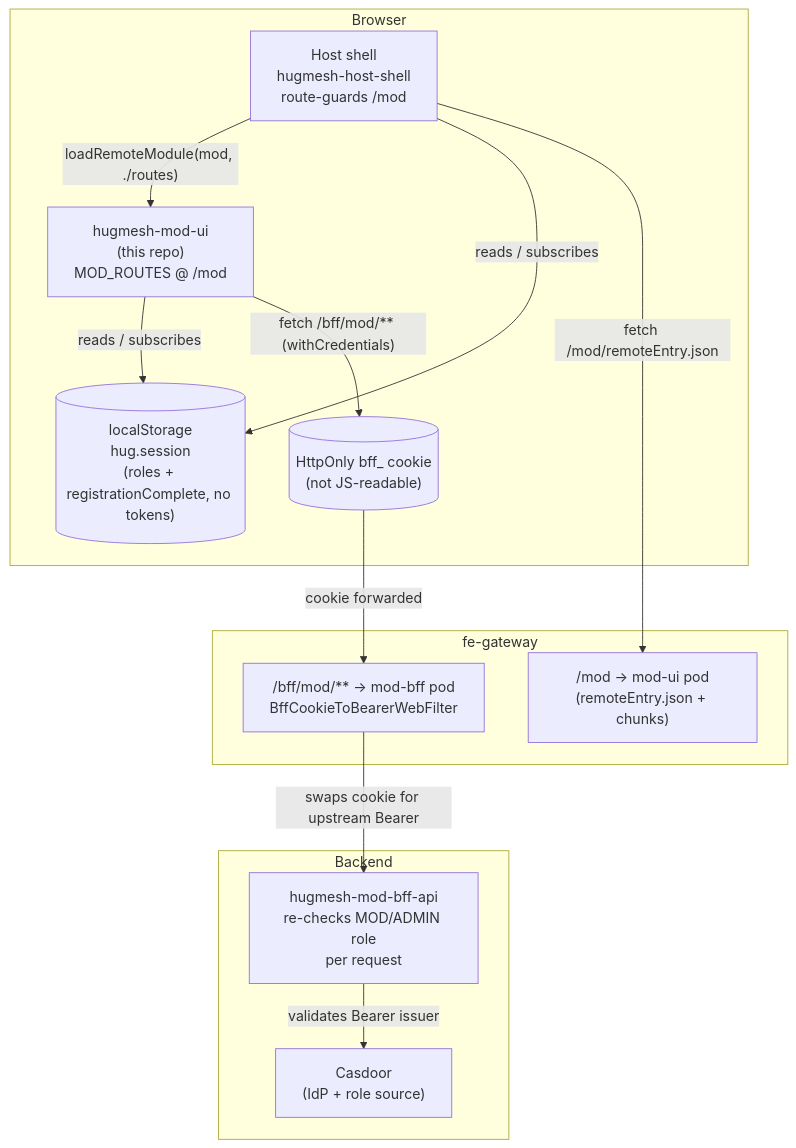
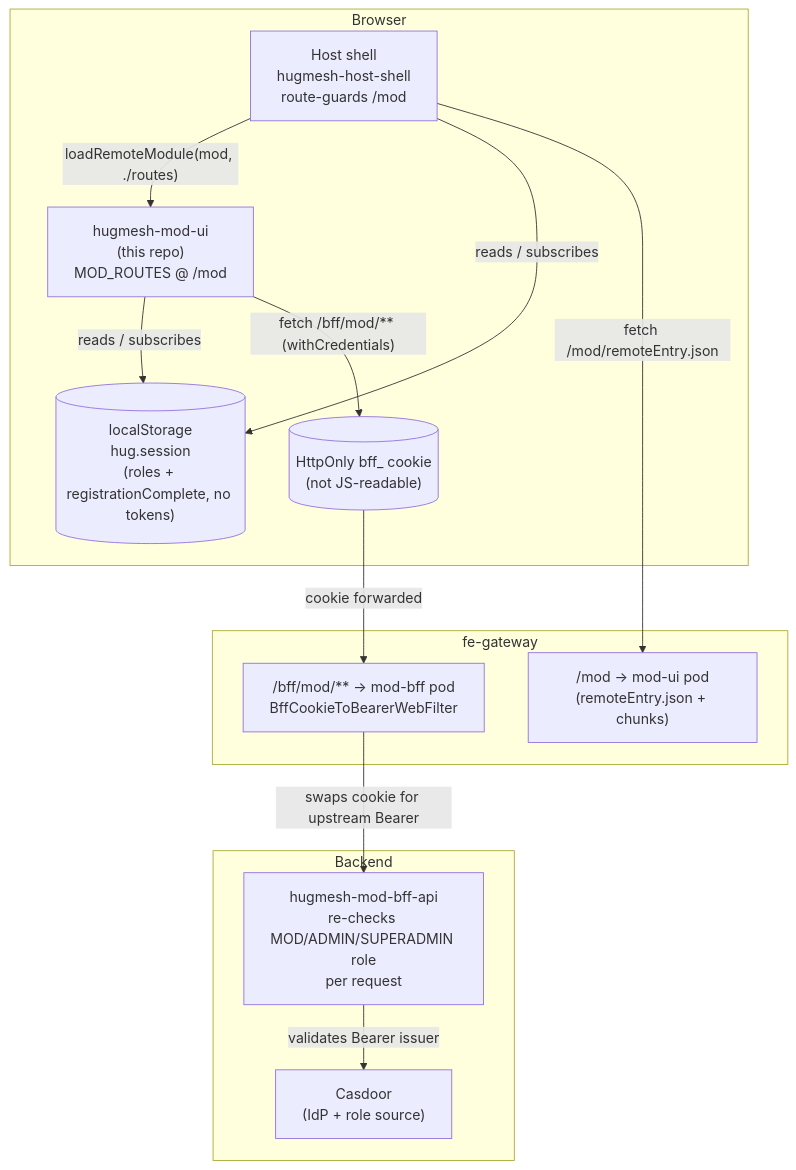
Before and after one commit to hugmesh/hugmesh.github.io: the first of 2 diagrams in content/reference/mod-ui.md, drawn with Mermaid. The commit also changed other lines of this file and 166 other files, not shown here.

````diff
--- a/content/reference/mod-ui.md
+++ b/content/reference/mod-ui.md
@@ -58,28 +63,28 @@
 ```mermaid
 flowchart TB
     subgraph Browser
         LS[("localStorage\nhug.session\n(roles + registrationComplete, no tokens)")]
         COOKIE[("HttpOnly bff_ cookie\n(not JS-readable)")]
         HOST["Host shell\nhugmesh-host-shell\nroute-guards /mod"]
         REMOTE["hugmesh-mod-ui\n(this repo)\nMOD_ROUTES @ /mod"]
         HOST -- "loadRemoteModule(mod, ./routes)" --> REMOTE
         REMOTE -- "reads / subscribes" --> LS
         HOST -- "reads / subscribes" --> LS
     end
 
     subgraph fe-gateway
         GW_MOD["/mod → mod-ui pod\n(remoteEntry.json + chunks)"]
         GW_BFF["/bff/mod/** → mod-bff pod\nBffCookieToBearerWebFilter"]
     end
 
     subgraph Backend
-        BFF["hugmesh-mod-bff-api\nre-checks MOD/ADMIN role\nper request"]
+        BFF["hugmesh-mod-bff-api\nre-checks MOD/ADMIN/SUPERADMIN role\nper request"]
         CASDOOR["Casdoor\n(IdP + role source)"]
     end
 
     HOST -- "fetch /mod/remoteEntry.json" --> GW_MOD
     REMOTE -- "fetch /bff/mod/** (withCredentials)" --> COOKIE
     COOKIE -- "cookie forwarded" --> GW_BFF
     GW_BFF -- "swaps cookie for upstream Bearer" --> BFF
     BFF -- "validates Bearer issuer" --> CASDOOR
 ```
````
